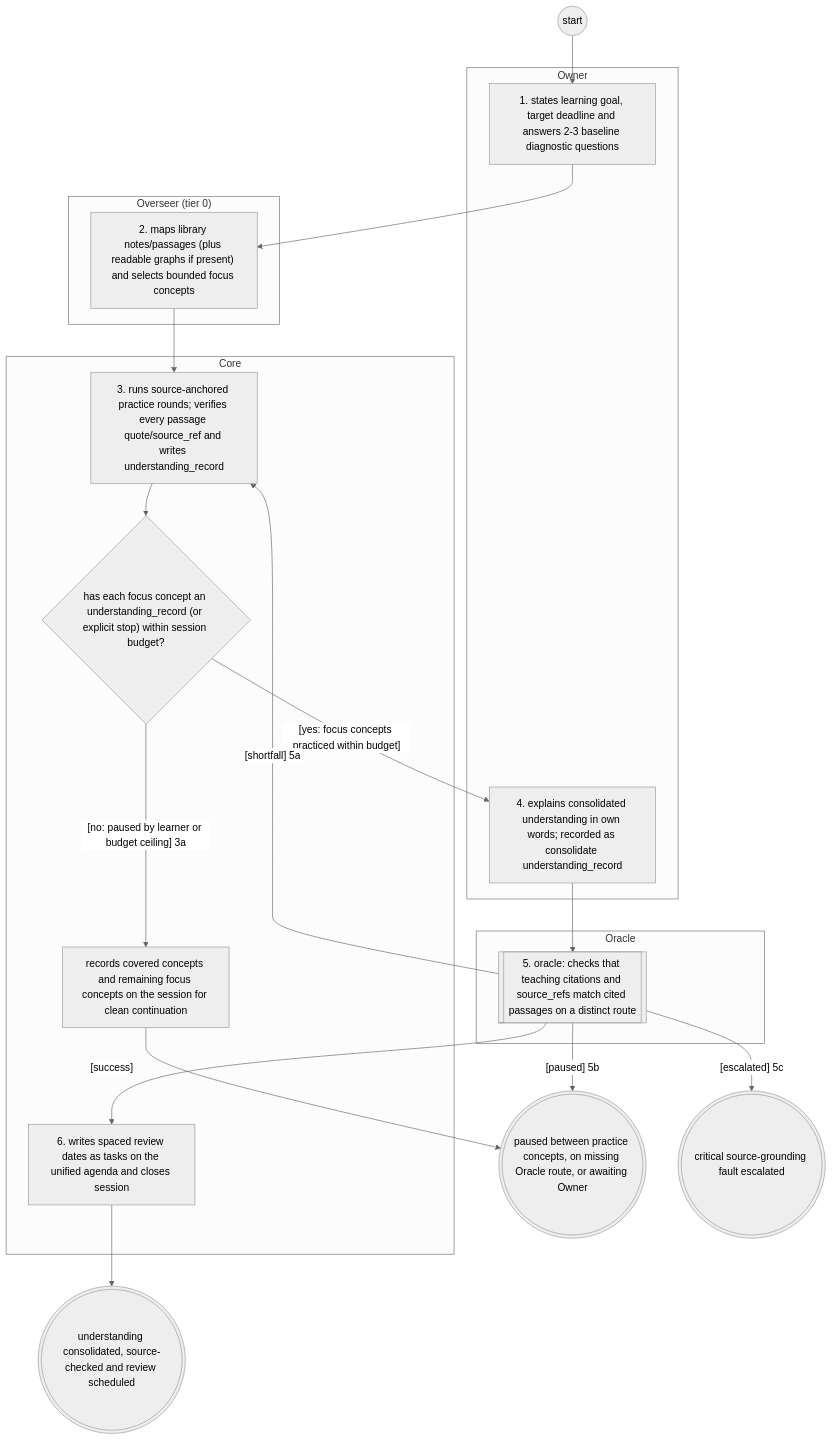
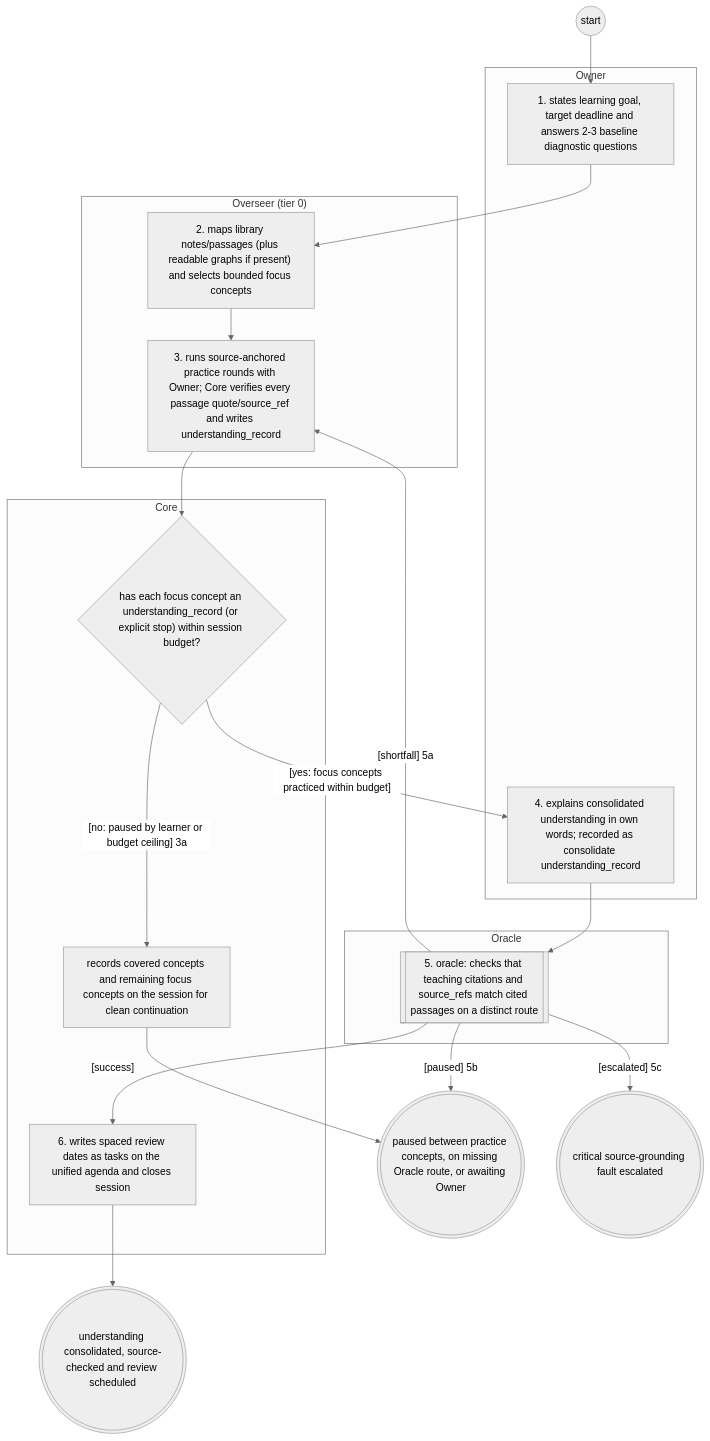
The diagram in reports/2026-11-25-systems-analysis-finalisation/librarian/to-be/views/study-topic.views.md (Jake36999/Librarian_V2), drawn with Mermaid (neutral theme) before and after one commit. The commit also changed other lines of this file and 35 other files, not shown here.

````diff
--- a/reports/2026-11-25-systems-analysis-finalisation/librarian/to-be/views/study-topic.views.md
+++ b/reports/2026-11-25-systems-analysis-finalisation/librarian/to-be/views/study-topic.views.md
@@ -53,37 +53,37 @@
 ```mermaid
 flowchart TD
   subgraph Owner["Owner"]
     goal["1. states learning goal, target deadline and answers 2-3 baseline diagnostic questions"]
     consolidate["4. explains consolidated understanding in own words; recorded as consolidate understanding_record"]
   end
   subgraph Overseer_tier_0_["Overseer (tier 0)"]
     focus["2. maps library notes/passages (plus readable graphs if present) and selects bounded focus concepts"]
+    practice["3. runs source-anchored practice rounds with Owner; Core verifies every passage quote/source_ref and writes understanding_record"]
   end
   subgraph Oracle["Oracle"]
     ref_oracle[["5. oracle: checks that teaching citations and source_refs match cited passages on a distinct route"]]
   end
   subgraph Core["Core"]
-    practice["3. runs source-anchored practice rounds; verifies every passage quote/source_ref and writes understanding_record"]
     ddone{"has each focus concept an understanding_record (or explicit stop) within session budget?"}
     park["records covered concepts and remaining focus concepts on the session for clean continuation"]
     schedule["6. writes spaced review dates as tasks on the unified agenda and closes session"]
   end
   s(("start"))
   e1((("understanding consolidated, source-checked and review scheduled")))
   e_paused((("paused between practice concepts, on missing Oracle route, or awaiting Owner")))
   e_escalated((("critical source-grounding fault escalated")))
   s --> goal
   goal --> focus
   focus --> practice
   practice --> ddone
   ddone -->|"[yes: focus concepts practiced within budget]"| consolidate
   ddone -->|"[no: paused by learner or budget ceiling] 3a"| park
   park --> e_paused
   consolidate --> ref_oracle
   ref_oracle -->|"[success]"| schedule
   ref_oracle -->|"[shortfall] 5a"| practice
   ref_oracle -->|"[paused] 5b"| e_paused
   ref_oracle -->|"[escalated] 5c"| e_escalated
   schedule --> e1
   classDef ext stroke:#d9534f,stroke-width:2px
 ```
````
